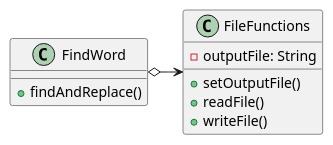
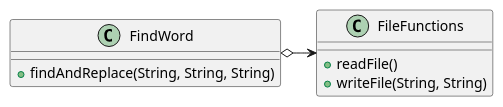
The diagram in src/main/java/oop/assignment3/ex45/base/WordFinder.puml (ivy-nguyen18/nguyen-cop3330-assignment3), drawn with PlantUML before and after one commit. The commit also changed 12 other files, not shown here.

```diff
--- a/src/main/java/oop/assignment3/ex45/base/WordFinder.puml
+++ b/src/main/java/oop/assignment3/ex45/base/WordFinder.puml
@@ -1,21 +1,18 @@
 @startuml
 'https://plantuml.com/class-diagram
 
 
 
  FindWord o-> FileFunctions
 
 
 class FileFunctions {
-    - outputFile: String
-
-    + setOutputFile()
     + readFile()
-    + writeFile()
+    + writeFile(String, String)
 }
 
 class FindWord{
-    + findAndReplace()
+    + findAndReplace(String, String, String)
 }
 
 @enduml
```
